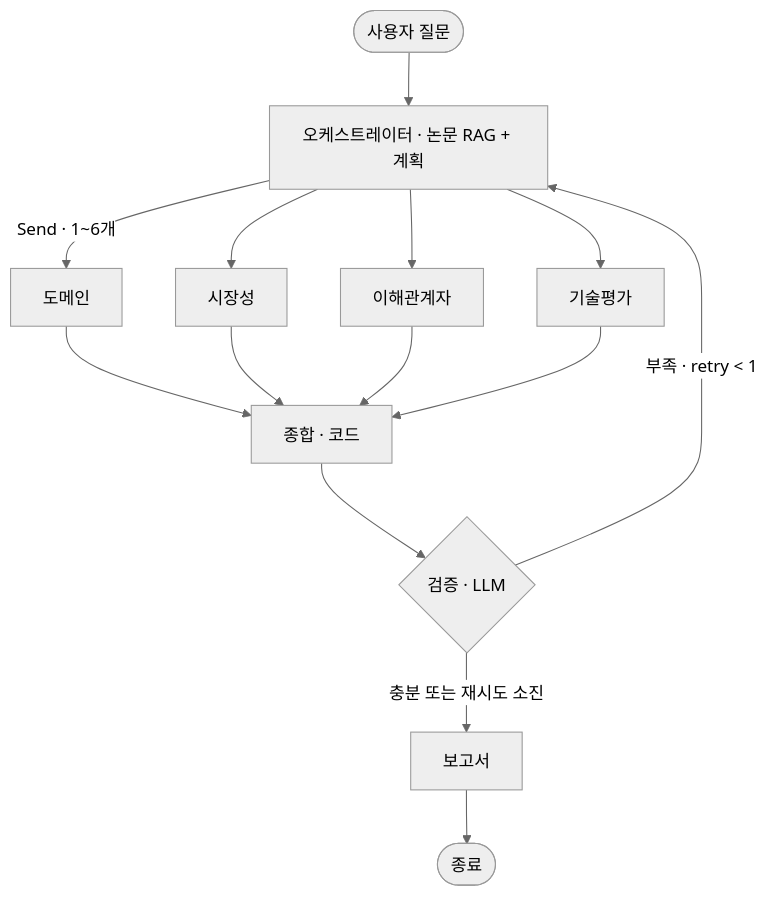
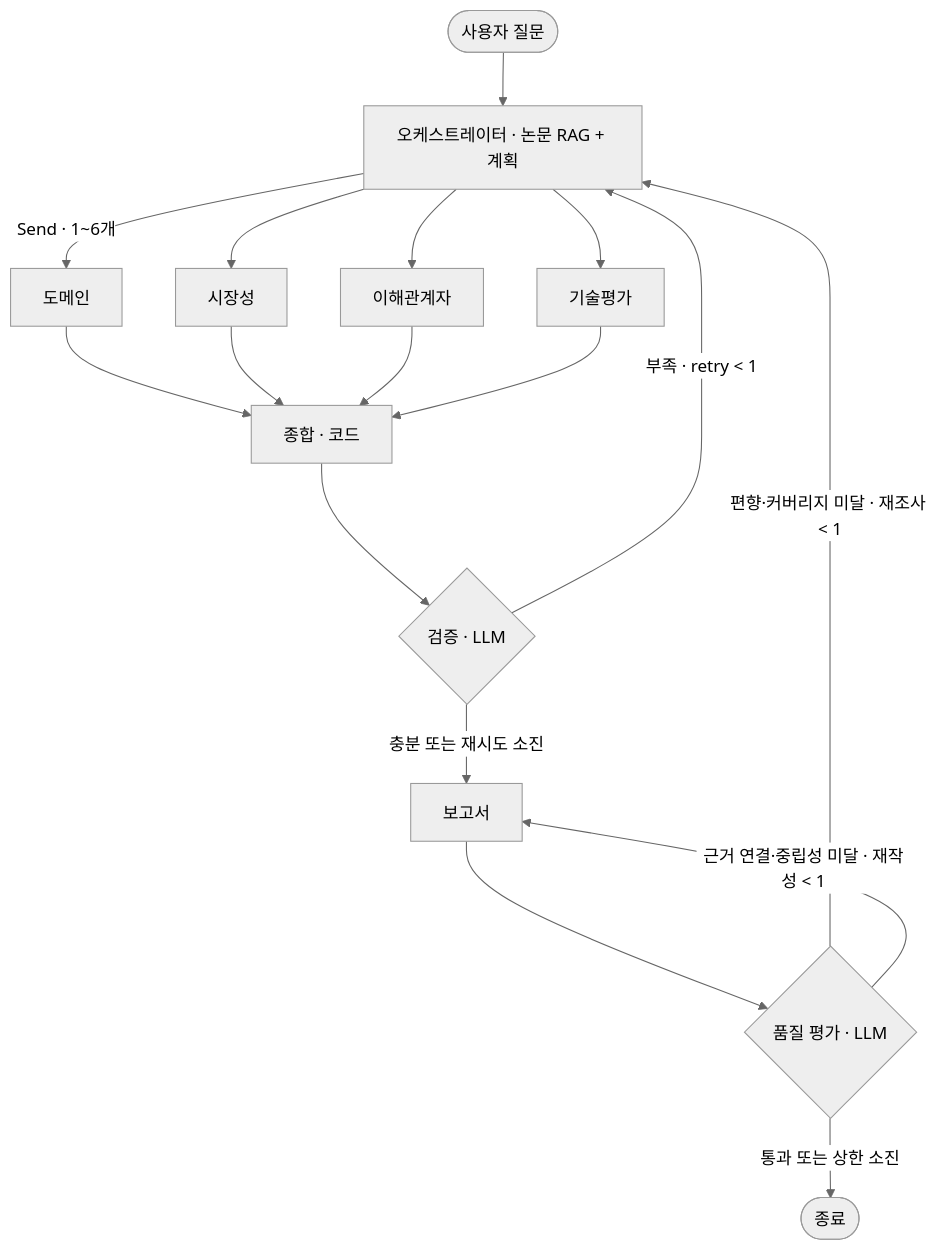
One commit to kchanis1223/-SKALA-KVCache_Report_Agent changed the diagram in README.md. Above: the diagram before and after it, drawn with Mermaid (neutral theme). The commit also changed other lines of this file and 16 other files, not shown here.

````diff
--- a/README.md
+++ b/README.md
@@ -158,16 +158,19 @@
 ```mermaid
 flowchart TD
     S([사용자 질문]) --> O[오케스트레이터 · 논문 RAG + 계획]
     O -->|Send · 1~6개| W1[도메인]
     O --> W2[시장성]
     O --> W3[이해관계자]
     O --> W4[기술평가]
     W1 --> Y[종합 · 코드]
     W2 --> Y
     W3 --> Y
     W4 --> Y
     Y --> V{검증 · LLM}
     V -->|충분 또는 재시도 소진| R[보고서]
     V -->|부족 · retry < 1| O
-    R --> E([종료])
+    R --> J{품질 평가 · LLM}
+    J -->|편향·커버리지 미달 · 재조사 < 1| O
+    J -->|근거 연결·중립성 미달 · 재작성 < 1| R
+    J -->|통과 또는 상한 소진| E([종료])
 ```
````
